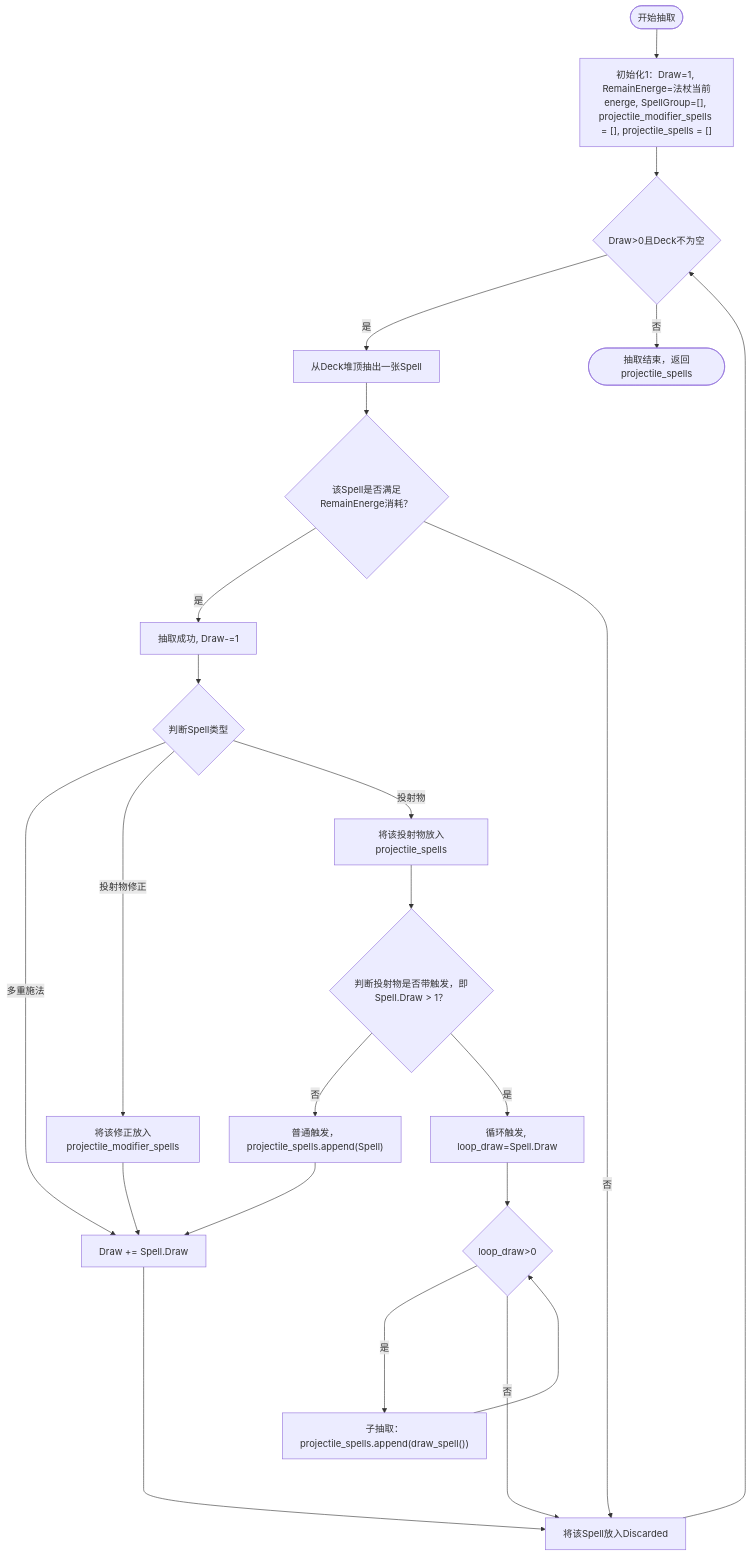
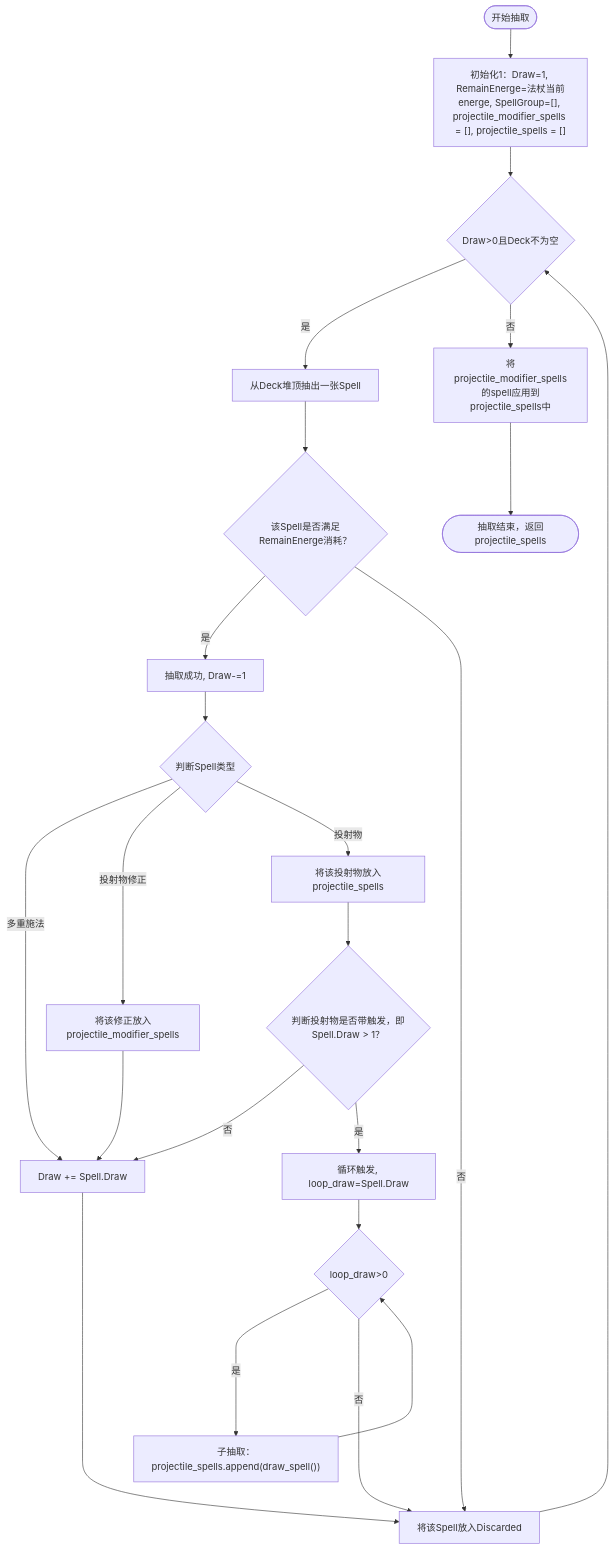
The diagram in 法杖施法过程.md (chiangwanyi/Zombie-Survivors), drawn with Mermaid before and after one commit. The commit also changed 2 other files, not shown here.

Commit message:
feat(spells)：实现多播和投射物修改符咒处理
重构施法逻辑以支持多播法术和修改投射物的法术。

现在，在绘制法术时，魔杖会考虑法术的类型并进行相应处理，

将多播和投射物修改符咒添加到单独的数组中，以便稍后应用于

投射物。此更改还涉及更新绘制过程以管理新法术类型

并确保适当的能量消耗。此提交中所做的更改增强了施法

机制，为游戏中更复杂和多样化的法术效果铺平了道路。

重大变化：施法逻辑已进行重大重构，这可能会影响

依赖于先前实现的现有代码。

````diff
--- a/法杖施法过程.md
+++ b/法杖施法过程.md
@@ -4,24 +4,24 @@
 ```mermaid
 flowchart TD
     Start(["开始抽取"]) --> 初始化1["初始化1：Draw=1, RemainEnerge=法杖当前energe, SpellGroup=[], projectile_modifier_spells = [], projectile_spells = []"]
     初始化1 --> 循环判断{"Draw>0且Deck不为空"}
     循环判断 --> |是| Deck抽牌["从Deck堆顶抽出一张Spell"]
     Deck抽牌 --> energe判断{"该Spell是否满足RemainEnerge消耗？"}
     energe判断 --> |是| 抽取成功["抽取成功, Draw-=1"]
     energe判断 --> |否| Spell入Discared["将该Spell放入Discarded"] --> 循环判断
     抽取成功 --> 判断Spell类型{"判断Spell类型"}
     判断Spell类型 --> |多重施法| 计算Draw["Draw += Spell.Draw"]
     判断Spell类型 --> |投射物修正| 记录投射修正["将该修正放入projectile_modifier_spells"]
     判断Spell类型 --> |投射物| 记录投射物["将该投射物放入projectile_spells"]
     记录投射物 --> 判断投射物是否带触发{"判断投射物是否带触发，即Spell.Draw > 1？"}
-    判断投射物是否带触发 --> |否| 普通触发["普通触发，projectile_spells.append(Spell)"]
-    普通触发 --> 计算Draw
+    判断投射物是否带触发 --> |否| 计算Draw
     判断投射物是否带触发 --> |是| 循环触发["循环触发, loop_draw=Spell.Draw"]
     循环触发 --> 判断子抽取{"loop_draw>0"}
     判断子抽取 --> |是| 子抽取["子抽取：projectile_spells.append(draw_spell())"]
     判断子抽取 --> |否| Spell入Discared
     子抽取 ----> 判断子抽取
     记录投射修正 --> 计算Draw
     计算Draw ------> Spell入Discared
-    循环判断 --> |否| End(["抽取结束，返回projectile_spells"])
+    循环判断 --> |否| 填装修正[将projectile_modifier_spells的spell应用到projectile_spells中]
+    填装修正 --> End(["抽取结束，返回projectile_spells"])
 ```
````
